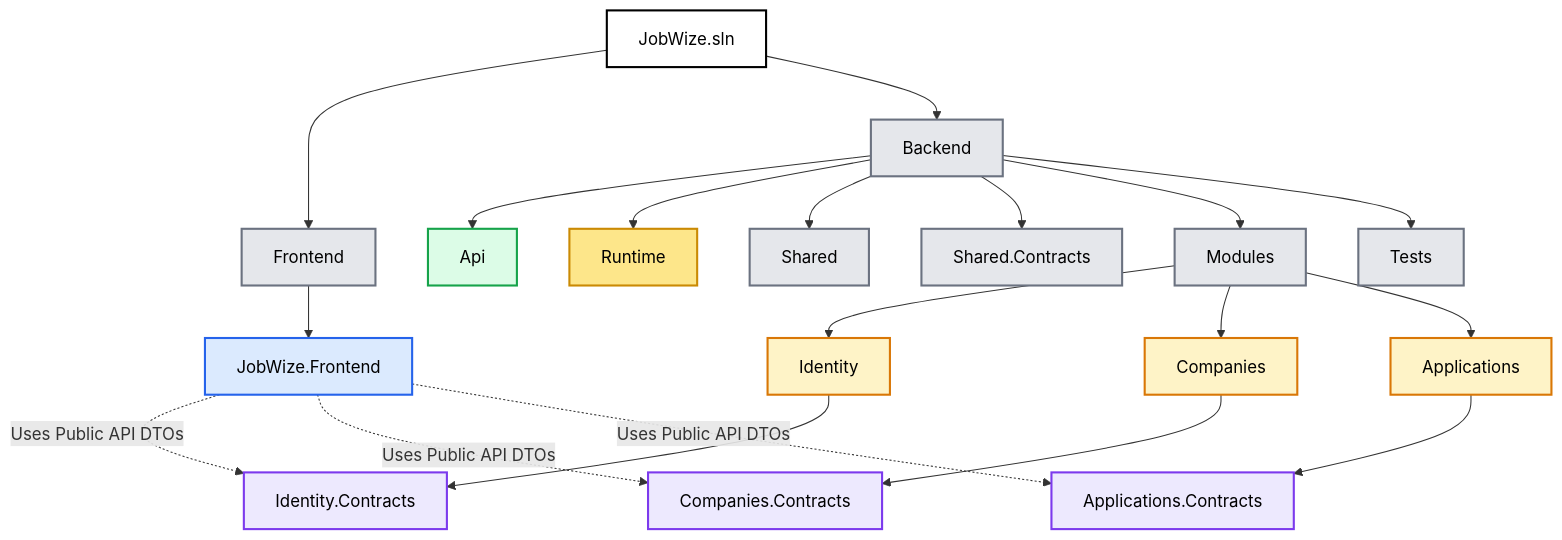
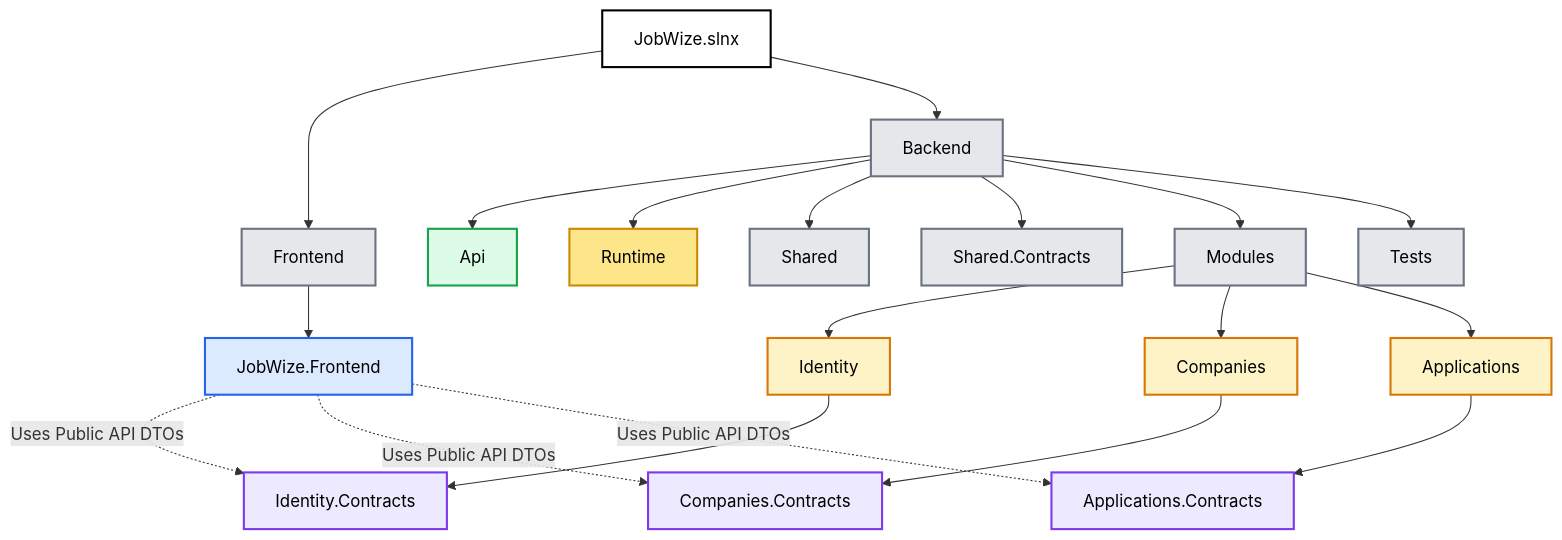
Before and after one commit to soufiane-rizk/Jobwize: the diagram in docs/architecture/02-solution-structure.md, drawn with Mermaid. The commit also changed other lines of this file and 8 other files, not shown here.

Commit message:
docs(architecture): document frontend foundation

````diff
--- a/docs/architecture/02-solution-structure.md
+++ b/docs/architecture/02-solution-structure.md
@@ -166,66 +168,66 @@
 ```mermaid
 flowchart TD
 
-    SOL["JobWize.sln"]
+    SOL["JobWize.slnx"]
 
     FRONTEND["Frontend"]
     BACKEND["Backend"]
 
     SOL --> FRONTEND
     SOL --> BACKEND
 
     FE["JobWize.Frontend"]
 
     FRONTEND --> FE
 
     API["Api"]
     RUNTIME["Runtime"]
     SHARED["Shared"]
     SHAREDC["Shared.Contracts"]
     MODULES["Modules"]
     TESTS["Tests"]
 
     BACKEND --> API
     BACKEND --> RUNTIME
     BACKEND --> SHARED
     BACKEND --> SHAREDC
     BACKEND --> MODULES
     BACKEND --> TESTS
 
     ID["Identity"]
     CO["Companies"]
     APP["Applications"]
 
     MODULES --> ID
     MODULES --> CO
     MODULES --> APP
 
     IDC["Identity.Contracts"]
     COC["Companies.Contracts"]
     APPC["Applications.Contracts"]
 
     ID --> IDC
     CO --> COC
     APP --> APPC
 
     FE -. Uses Public API DTOs .-> IDC
     FE -. Uses Public API DTOs .-> COC
     FE -. Uses Public API DTOs .-> APPC
 
     classDef solution fill:#ffffff,stroke:#000000,color:#000,stroke-width:2px;
     classDef folder fill:#e5e7eb,stroke:#6b7280,color:#000,stroke-width:2px;
     classDef frontend fill:#dbeafe,stroke:#2563eb,color:#000,stroke-width:2px;
     classDef api fill:#dcfce7,stroke:#16a34a,color:#000,stroke-width:2px;
     classDef runtime fill:#fde68a,stroke:#ca8a04,color:#000,stroke-width:2px;
     classDef module fill:#fef3c7,stroke:#d97706,color:#000,stroke-width:2px;
     classDef contracts fill:#ede9fe,stroke:#7c3aed,color:#000,stroke-width:2px;
     classDef tests fill:#fee2e2,stroke:#dc2626,color:#000,stroke-width:2px;
 
     class SOL solution;
     class FRONTEND,BACKEND,SHARED,SHAREDC,MODULES,TESTS folder;
     class FE frontend;
     class API api;
     class RUNTIME runtime;
     class ID,CO,APP module;
     class IDC,COC,APPC contracts;
 ```
````
